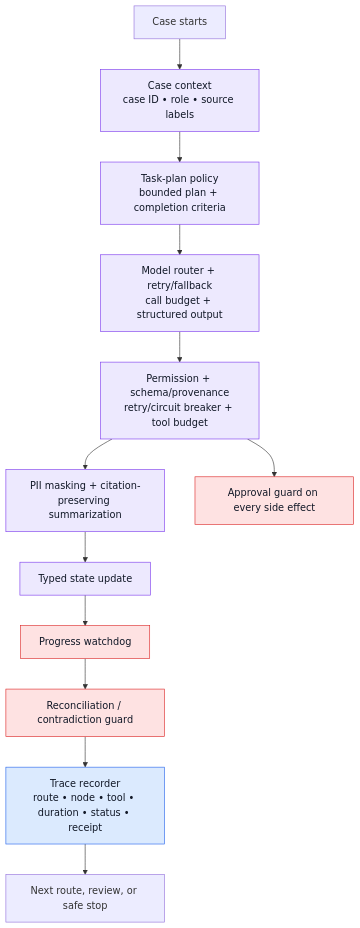
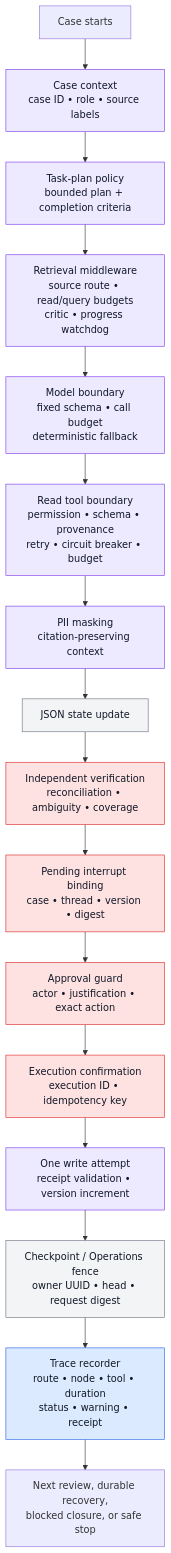
The diagram in docs/images/05_middleware_lifecycle.mmd (nagarjunakanamarlapudi/reacall-agents), drawn with Mermaid before and after one commit. The commit also changed 34 other files, not shown here.

```diff
--- a/docs/images/05_middleware_lifecycle.mmd
+++ b/docs/images/05_middleware_lifecycle.mmd
@@ -1,15 +1,21 @@
 flowchart TB
   classDef hook fill:#ede9fe,stroke:#7c3aed,color:#111827
   classDef safety fill:#fee2e2,stroke:#dc2626,color:#111827
   classDef trace fill:#dbeafe,stroke:#2563eb,color:#111827
+  classDef state fill:#f3f4f6,stroke:#6b7280,color:#111827
+
   START["Case starts"] --> CTX["Case context<br/>case ID • role • source labels"]:::hook
   CTX --> PLAN["Task-plan policy<br/>bounded plan + completion criteria"]:::hook
-  PLAN --> MODEL["Model router + retry/fallback<br/>call budget + structured output"]:::hook
-  MODEL --> TOOLS["Permission + schema/provenance<br/>retry/circuit breaker + tool budget"]:::hook
-  TOOLS --> MASK["PII masking + citation-preserving summarization"]:::hook
-  MASK --> STATE["Typed state update"]:::hook
-  STATE --> WD["Progress watchdog"]:::safety
-  WD --> VERIFY["Reconciliation / contradiction guard"]:::safety
-  VERIFY --> TRACE["Trace recorder<br/>route • node • tool • duration • status • receipt"]:::trace
-  TRACE --> NEXT["Next route, review, or safe stop"]
-  TOOLS --> APPROVAL["Approval guard on every side effect"]:::safety
+  PLAN --> RET["Retrieval middleware<br/>source route • read/query budgets<br/>critic • progress watchdog"]:::hook
+  RET --> MODEL["Model boundary<br/>fixed schema • call budget<br/>deterministic fallback"]:::hook
+  MODEL --> TOOLS["Read tool boundary<br/>permission • schema • provenance<br/>retry • circuit breaker • budget"]:::hook
+  TOOLS --> MASK["PII masking<br/>citation-preserving context"]:::hook
+  MASK --> STATE["JSON state update"]:::state
+  STATE --> VERIFY["Independent verification<br/>reconciliation • ambiguity • coverage"]:::safety
+  VERIFY --> REVIEW["Pending interrupt binding<br/>case • thread • version • digest"]:::safety
+  REVIEW --> APPROVAL["Approval guard<br/>actor • justification • exact action"]:::safety
+  APPROVAL --> CONFIRM["Execution confirmation<br/>execution ID • idempotency key"]:::safety
+  CONFIRM --> WRITE["One write attempt<br/>receipt validation • version increment"]:::hook
+  WRITE --> FENCE["Checkpoint / Operations fence<br/>owner UUID • head • request digest"]:::state
+  FENCE --> TRACE["Trace recorder<br/>route • node • tool • duration<br/>status • warning • receipt"]:::trace
+  TRACE --> NEXT["Next review, durable recovery,<br/>blocked closure, or safe stop"]
```
